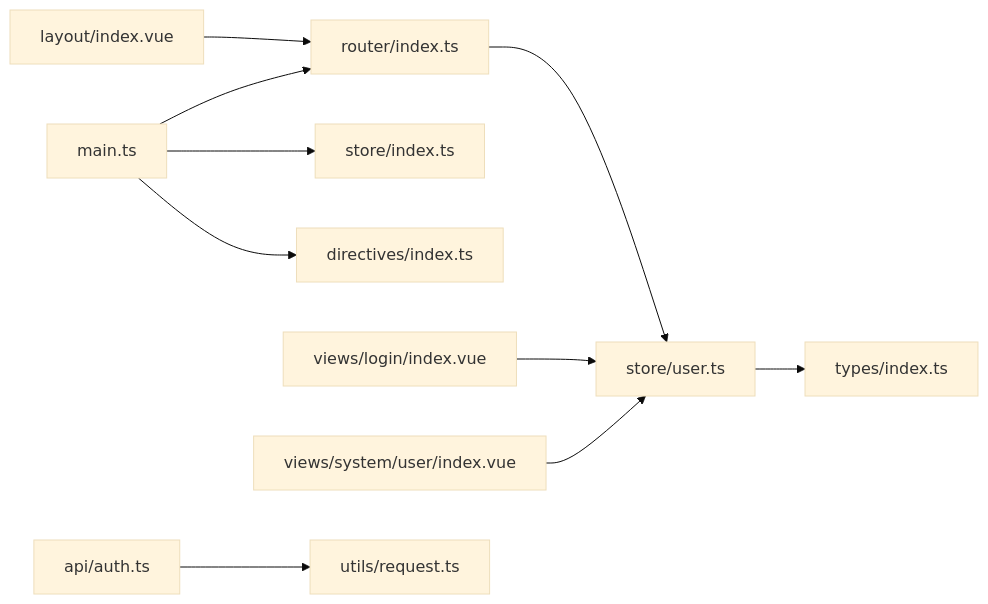
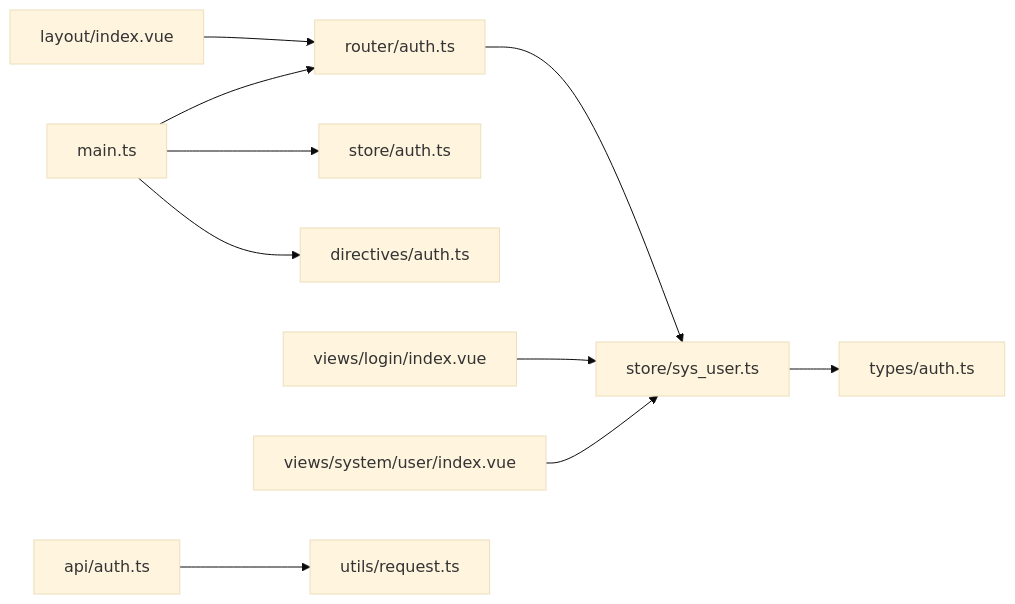
One commit to qiseyun/vue-ts-admin changed the sixth of 6 diagrams in .qoder/repowiki/zh/content/架构设计/模块架构.md. Above: the diagram before and after it, drawn with Mermaid (base theme). The commit also changed other lines of this file and 42 other files, not shown here.

````diff
--- a/.qoder/repowiki/zh/content/架构设计/模块架构.md
+++ b/.qoder/repowiki/zh/content/架构设计/模块架构.md
@@ -355,12 +355,12 @@
 ```mermaid
 graph LR
-MAIN["main.ts"] --> ROUTER["router/index.ts"]
-MAIN --> PINIA["store/index.ts"]
-MAIN --> DIRECTIVES["directives/index.ts"]
-ROUTER --> USERSTORE["store/user.ts"]
+MAIN["main.ts"] --> ROUTER["router/auth.ts"]
+MAIN --> PINIA["store/auth.ts"]
+MAIN --> DIRECTIVES["directives/auth.ts"]
+ROUTER --> USERSTORE["store/sys_user.ts"]
 LAYOUT["layout/index.vue"] --> ROUTER
 LOGIN["views/login/index.vue"] --> USERSTORE
 SYSUSER["views/system/user/index.vue"] --> USERSTORE
 AUTHAPI["api/auth.ts"] --> REQ["utils/request.ts"]
-USERSTORE --> TYPES["types/index.ts"]
+USERSTORE --> TYPES["types/auth.ts"]
 ```
````
